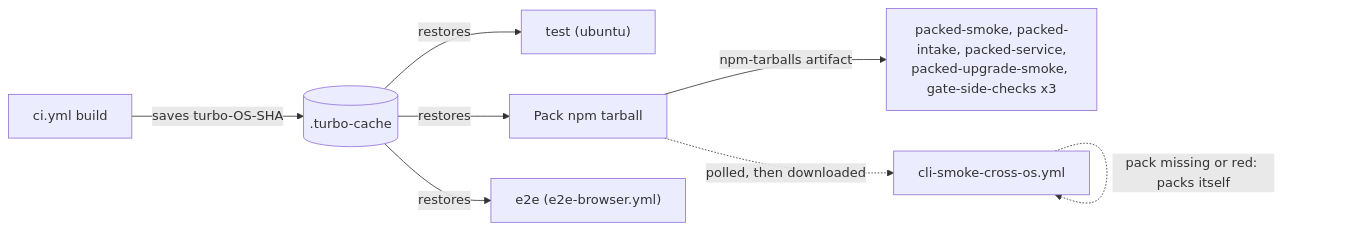
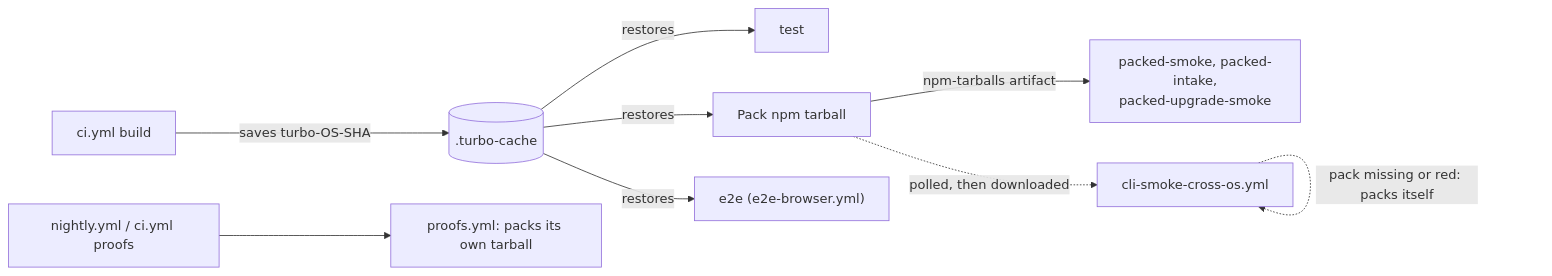
Before and after one commit to prismalens/prismalens: the diagram in .github/workflows/README.md, drawn with Mermaid. The commit also changed other lines of this file and 12 other files, not shown here.

Commit message:
ci: gate each job on its own plan tier and move release-only proofs to proofs.yml and a nightly

````diff
--- a/.github/workflows/README.md
+++ b/.github/workflows/README.md
@@ -88,10 +101,11 @@
 ```mermaid
 flowchart LR
     build["ci.yml build"] -- "saves turbo-OS-SHA" --> cache[(".turbo-cache")]
-    cache -- "restores" --> test["test (ubuntu)"]
+    cache -- "restores" --> test["test"]
     cache -- "restores" --> pack["Pack npm tarball"]
     cache -- "restores" --> e2e["e2e (e2e-browser.yml)"]
-    pack -- "npm-tarballs artifact" --> packed["packed-smoke, packed-intake, packed-service,<br/>packed-upgrade-smoke, gate-side-checks x3"]
+    pack -- "npm-tarballs artifact" --> packed["packed-smoke, packed-intake,<br/>packed-upgrade-smoke"]
     pack -. "polled, then downloaded" .-> xos["cli-smoke-cross-os.yml"]
     xos -. "pack missing or red: packs itself" .-> xos
+    nightly["nightly.yml / ci.yml proofs"] --> proofs["proofs.yml: packs its own tarball"]
 ```
````
